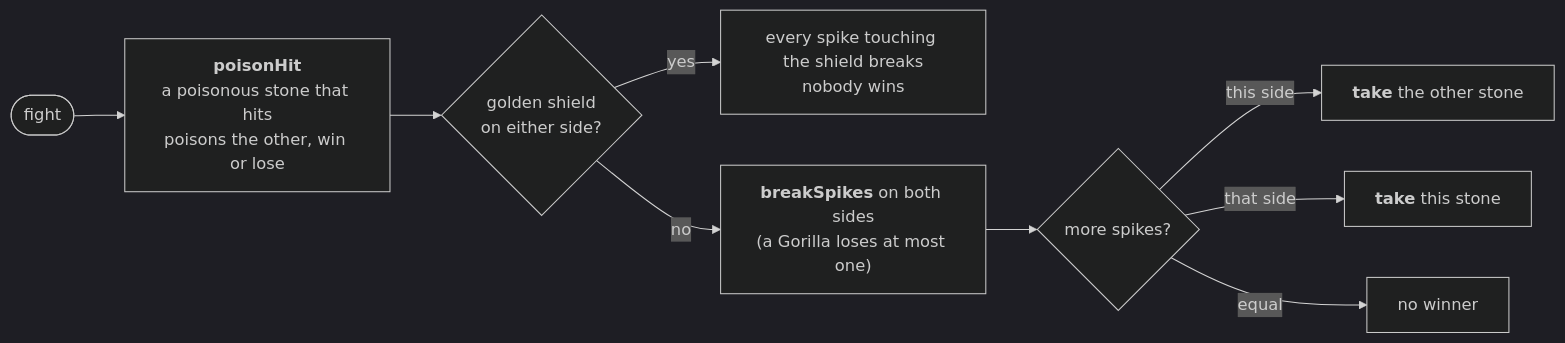
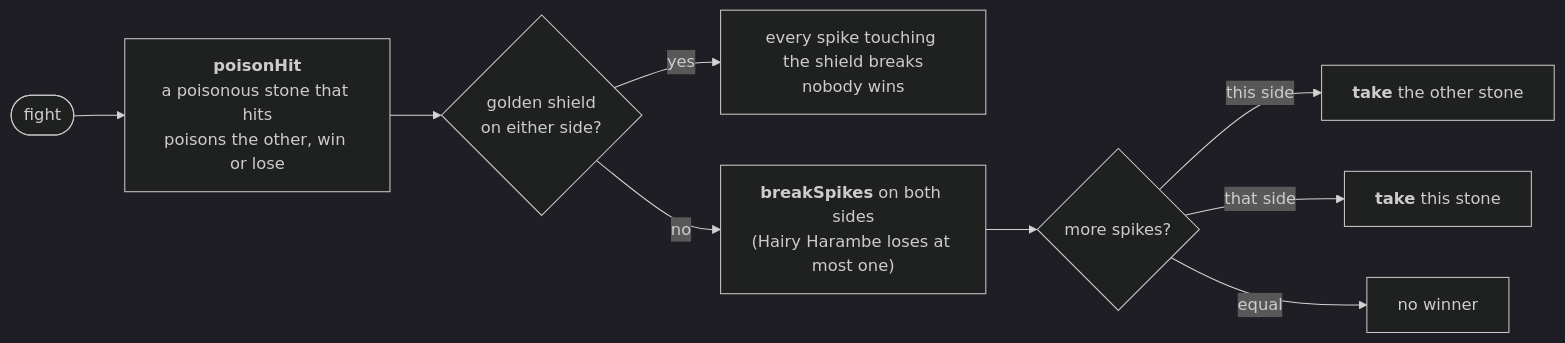
Before and after one commit to louisvandenbruwaene/rook-like: the fourth of 8 diagrams in README.md, drawn with Mermaid (dark theme). The commit also changed other lines of this file and 8 other files, not shown here.

````diff
--- a/README.md
+++ b/README.md
@@ -138,11 +138,11 @@
 ```mermaid
 flowchart LR
     f(["fight"]) --> p["<b>poisonHit</b><br/>a poisonous stone that hits<br/>poisons the other, win or lose"]
     p --> s{"golden shield<br/>on either side?"}
     s -- yes --> sh["every spike touching the shield breaks<br/>nobody wins"]
-    s -- no --> b["<b>breakSpikes</b> on both sides<br/>(a Gorilla loses at most one)"]
+    s -- no --> b["<b>breakSpikes</b> on both sides<br/>(Hairy Harambe loses at most one)"]
     b --> w{"more spikes?"}
     w -- "this side" --> t1["<b>take</b> the other stone"]
     w -- "that side" --> t2["<b>take</b> this stone"]
     w -- equal --> none["no winner"]
 ```
````
